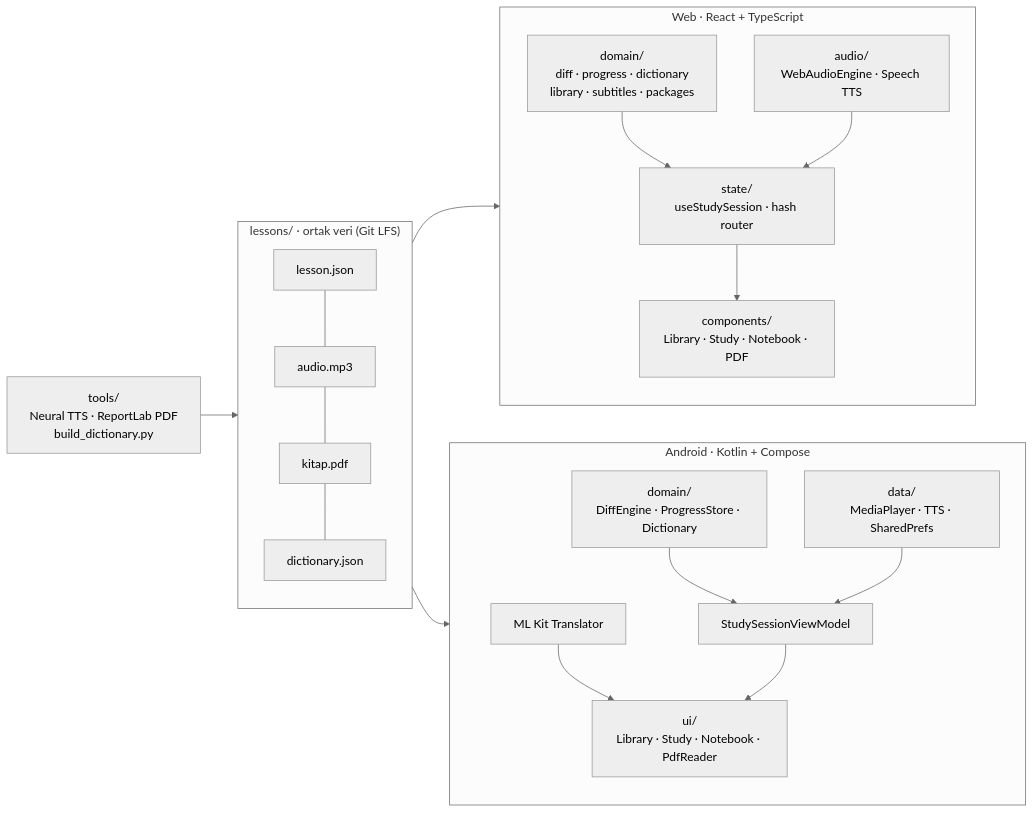
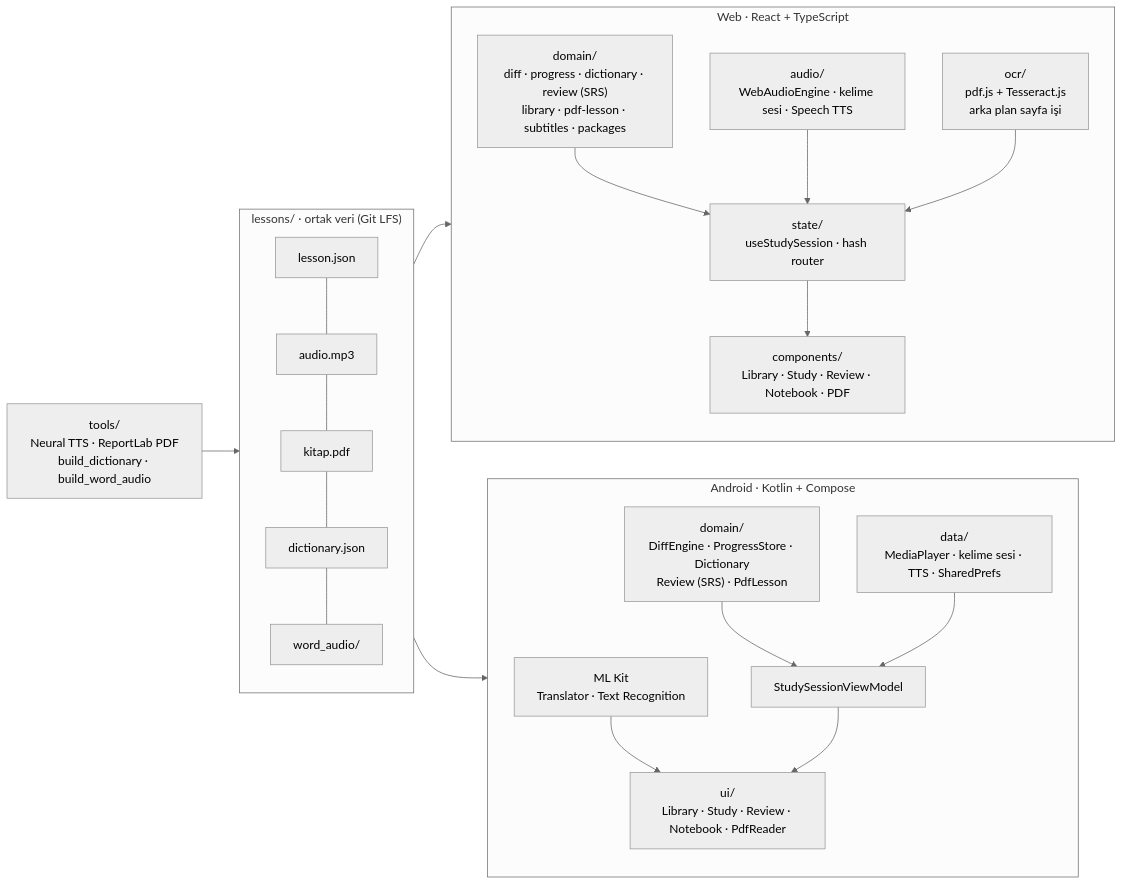
Before and after one commit to BurakYildizGameDev/dictalearn: the second of 2 diagrams in README.md, drawn with Mermaid (neutral theme). The commit also changed other lines of this file and 6 other files, not shown here.

First line of the commit message:
docs: complete README architecture, structure and publishing notes

````diff
--- a/README.md
+++ b/README.md
@@ -213,25 +216,26 @@
 ```mermaid
 flowchart LR
   subgraph Data["lessons/ · ortak veri (Git LFS)"]
-    J[lesson.json] --- A[audio.mp3] --- P[kitap.pdf] --- D[dictionary.json]
+    J[lesson.json] --- A[audio.mp3] --- P[kitap.pdf] --- D[dictionary.json] --- W[word_audio/]
   end
 
   subgraph Web["Web · React + TypeScript"]
     direction TB
-    WD["domain/<br/>diff · progress · dictionary<br/>library · subtitles · packages"] --> WS["state/<br/>useStudySession · hash router"]
-    WA["audio/<br/>WebAudioEngine · Speech TTS"] --> WS
-    WS --> WC["components/<br/>Library · Study · Notebook · PDF"]
+    WD["domain/<br/>diff · progress · dictionary · review (SRS)<br/>library · pdf-lesson · subtitles · packages"] --> WS["state/<br/>useStudySession · hash router"]
+    WA["audio/<br/>WebAudioEngine · kelime sesi · Speech TTS"] --> WS
+    WO["ocr/<br/>pdf.js + Tesseract.js<br/>arka plan sayfa işi"] --> WS
+    WS --> WC["components/<br/>Library · Study · Review · Notebook · PDF"]
   end
 
   subgraph Android["Android · Kotlin + Compose"]
     direction TB
-    KD["domain/<br/>DiffEngine · ProgressStore · Dictionary"] --> KV[StudySessionViewModel]
-    KA["data/<br/>MediaPlayer · TTS · SharedPrefs"] --> KV
-    KM[ML Kit Translator] --> KU
-    KV --> KU["ui/<br/>Library · Study · Notebook · PdfReader"]
+    KD["domain/<br/>DiffEngine · ProgressStore · Dictionary<br/>Review (SRS) · PdfLesson"] --> KV[StudySessionViewModel]
+    KA["data/<br/>MediaPlayer · kelime sesi · TTS · SharedPrefs"] --> KV
+    KM["ML Kit<br/>Translator · Text Recognition"] --> KU
+    KV --> KU["ui/<br/>Library · Study · Review · Notebook · PdfReader"]
   end
 
-  T["tools/<br/>Neural TTS · ReportLab PDF<br/>build_dictionary.py"] --> Data
+  T["tools/<br/>Neural TTS · ReportLab PDF<br/>build_dictionary · build_word_audio"] --> Data
   Data --> Web
   Data --> Android
 ```
````
